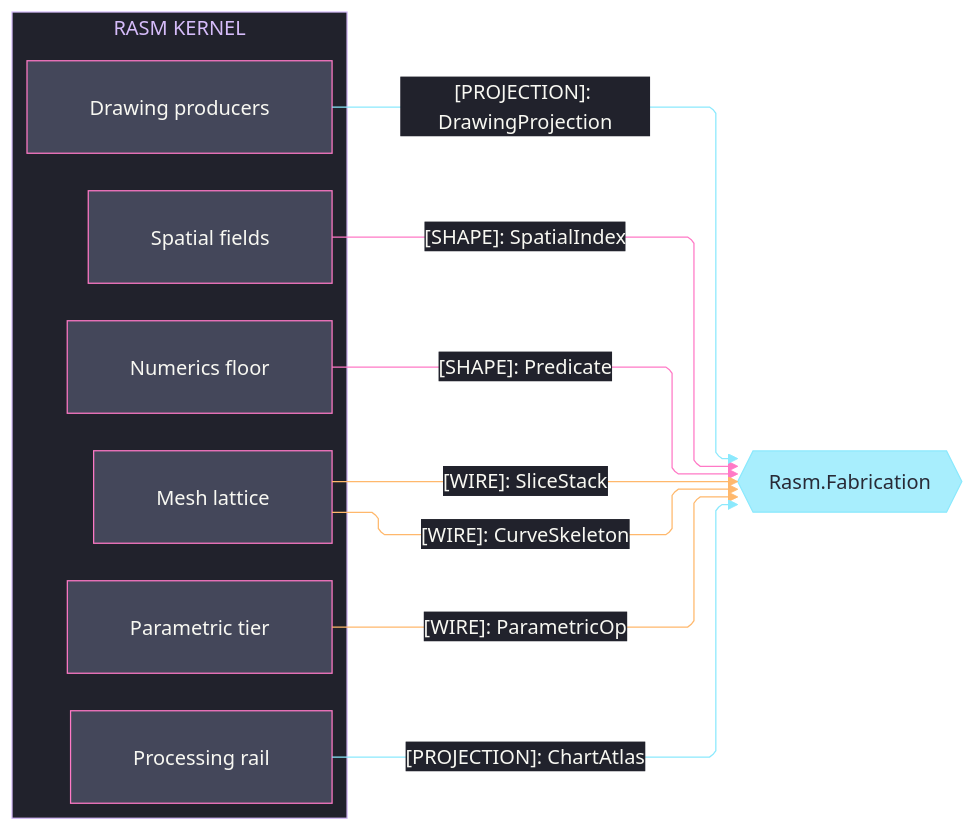
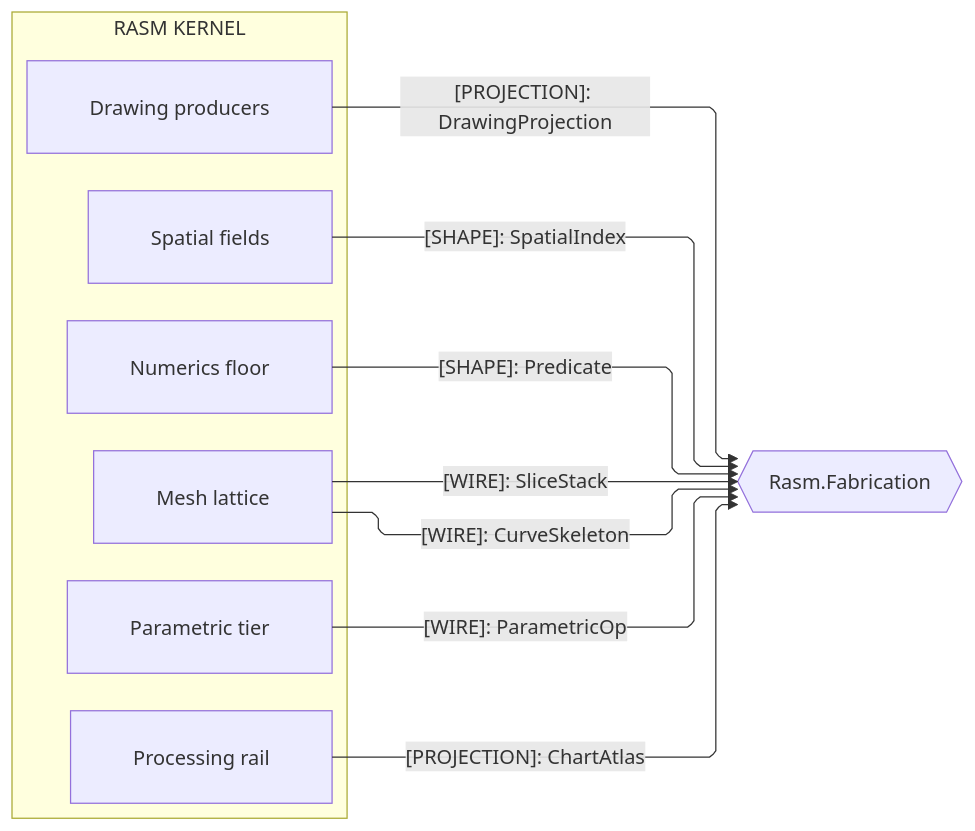
The third of 4 diagrams in libs/csharp/Rasm/ARCHITECTURE.md (bsamiee/Rasm), drawn with Mermaid before and after one commit. The commit also changed other lines of this file and 460 other files, not shown here.

````diff
--- a/libs/csharp/Rasm/ARCHITECTURE.md
+++ b/libs/csharp/Rasm/ARCHITECTURE.md
@@ -240,57 +183,28 @@
 ```mermaid
 ---
 config:
-  theme: base
-  look: classic
   layout: elk
   flowchart:
     curve: linear
     padding: 25
-  themeVariables:
-    darkMode: true
-    fontFamily: "SF Mono, Menlo, Cascadia Mono, Segoe UI Mono, Consolas, monospace"
-    useGradient: false
-    dropShadow: "none"
-    background: "#282A36"
-    primaryColor: "#44475A"
-    primaryTextColor: "#F8F8F2"
-    primaryBorderColor: "#BD93F9"
-    lineColor: "#FF79C6"
-    textColor: "#F8F8F2"
-    clusterBkg: "#21222C"
-    clusterBorder: "#D6BCFA"
-    edgeLabelBackground: "#21222C"
-    labelBackgroundColor: "#21222C"
-    titleColor: "#D6BCFA"
-  themeCSS: ".nodeLabel{font-size:13px;font-weight:500}.edgeLabel{font-size:12px;font-weight:500}.cluster-label .nodeLabel{font-size:13.5px;font-weight:700;letter-spacing:.08em}.edge-thickness-normal{stroke-width:2px}.edge-thickness-thick{stroke-width:3px}.edge-pattern-dashed,.edge-pattern-dotted{stroke-width:1.5px;stroke-dasharray:4 6}.node rect,.node circle,.node polygon,.node path,.node .outer-path{stroke-width:1.5px;filter:none!important}.cluster rect{stroke-width:1px!important;stroke-dasharray:5 4!important;filter:none!important}.marker path{transform:scale(.8);transform-origin:5px 5px}.marker circle{transform:scale(.48);transform-origin:5px 5px}.edgeLabel rect{transform-box:fill-box;transform-origin:center;transform:scale(1.1,1.2)}"
 ---
 flowchart LR
     accTitle: Kernel fabrication seams
-    accDescr: Kernel sub-domain owners projecting index, predicate, slice, skeleton, parametric-op, atlas, and drawing shapes to the fabrication peer, edge rails colored by kind and nodes classed by seam direction.
+    accDescr: Kernel sub-domain owners projecting index, predicate, slice, skeleton, parametric-op, atlas, and drawing shapes to the fabrication peer, one edge per contract family labeled by kind.
     subgraph rasm[RASM KERNEL]
         Spatial[Spatial fields]
         Numerics[Numerics floor]
         Meshing[Mesh lattice]
         Parametric[Parametric tier]
         Processing[Processing rail]
         Drawing[Drawing producers]
     end
     Fabrication{{Rasm.Fabrication}}
     Spatial e1@-->|"[SHAPE]: SpatialIndex"| Fabrication
     Numerics e2@-->|"[SHAPE]: Predicate"| Fabrication
     Meshing e3@-->|"[WIRE]: SliceStack"| Fabrication
     Meshing e4@-->|"[WIRE]: CurveSkeleton"| Fabrication
     Parametric e5@-->|"[WIRE]: ParametricOp"| Fabrication
     Processing e6@-->|"[PROJECTION]: ChartAtlas"| Fabrication
     Drawing e7@-->|"[PROJECTION]: DrawingProjection"| Fabrication
-    classDef primary fill:#44475A,stroke:#FF79C6,color:#F8F8F2
-    classDef external fill:#8BE9FDBF,stroke:#8BE9FD,color:#282A36
-    classDef edgeData stroke:#FFB86C,color:#F8F8F2
-    classDef edgeControl stroke:#FF79C6,color:#F8F8F2
-    classDef edgeExternal stroke:#8BE9FD,color:#F8F8F2
-    class Spatial,Numerics,Meshing,Parametric,Processing,Drawing primary
-    class Fabrication external
-    class e3,e4,e5 edgeData
-    class e1,e2 edgeControl
-    class e6,e7 edgeExternal
 ```
````
